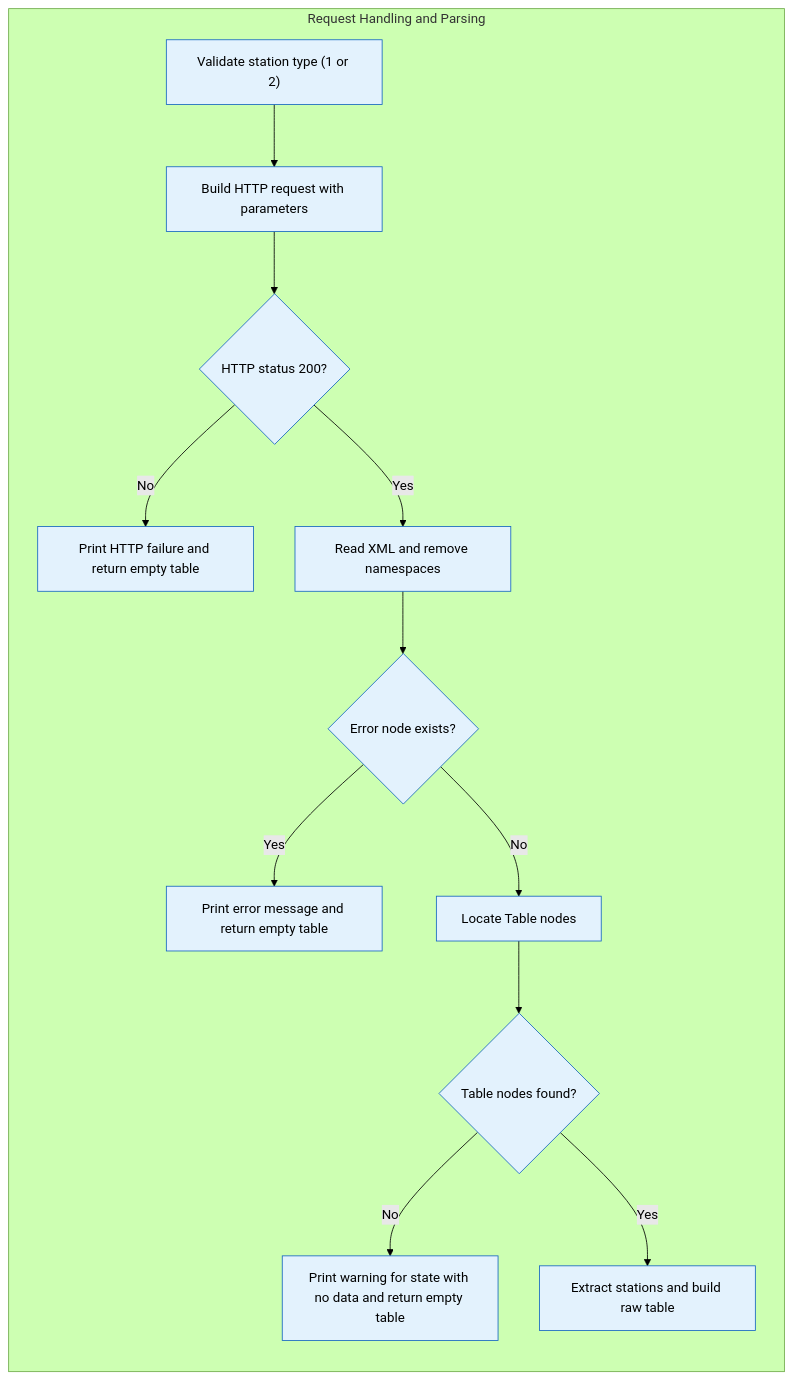
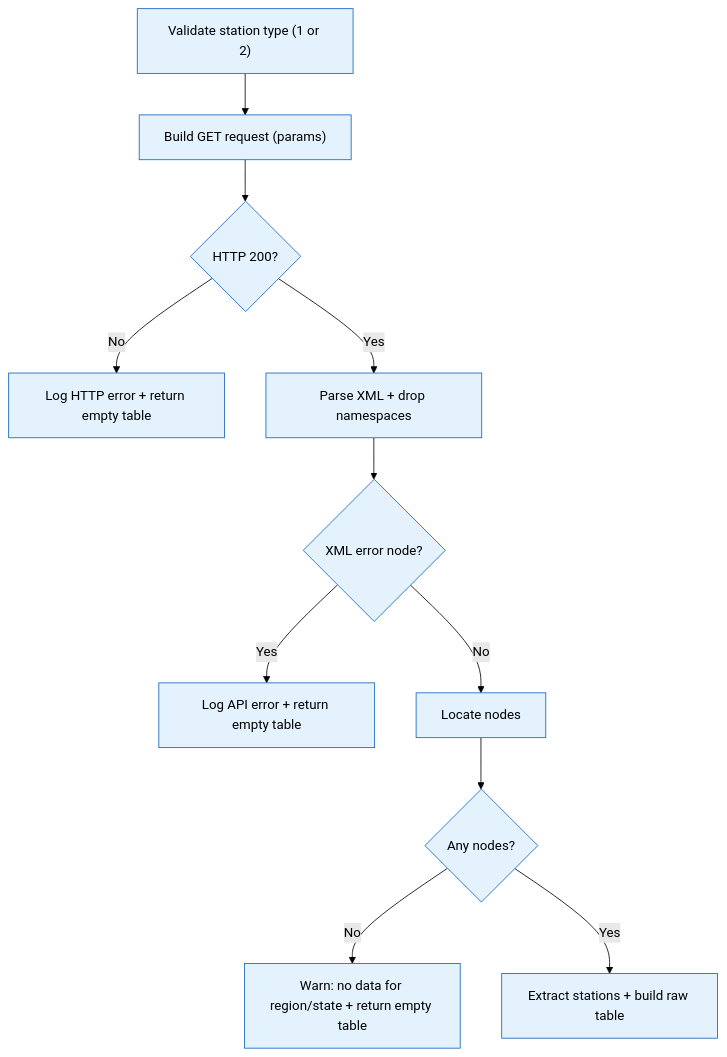
Before and after one commit to cidacslab/plataforma-clima-ambiente-readthedocs: the third of 5 diagrams in docs/source/ana_data.rst, drawn with Mermaid (forest theme). The commit also changed other lines of this file and 13 other files, not shown here.

```diff
--- a/docs/source/ana_data.rst
+++ b/docs/source/ana_data.rst
@@ -231,31 +256,30 @@
 .. mermaid::
-  flowchart LR
-    subgraph S3["Request Handling and Parsing"]
-      C0["Validate station type (1 or 2)"]:::reqCode
-      C1["Build HTTP request with parameters"]:::reqCode
-      C2{"HTTP status 200?"}:::reqCode
-        C2c1["Print HTTP failure and return empty table"]:::reqCode
-        C2c2["Read XML and remove namespaces"]:::reqCode
-      C3{"Error node exists?"}:::reqCode
-        C3c1["Print error message and return empty table"]:::reqCode
-        C3c2["Locate Table nodes"]:::reqCode
-      C4{"Table nodes found?"}:::reqCode
-        C4c1["Print warning for state with no data and return empty table"]:::reqCode
-      C5["Extract stations and build raw table"]:::reqCode
 
-      C0 --> C1 --> C2
-      C2 -- "No" --> C2c1
-      C2 -- "Yes" --> C2c2
-      C2c2 --> C3
-      C3 -- "Yes" --> C3c1
-      C3 -- "No" --> C3c2
-      C3c2 --> C4
-      C4 -- "No" --> C4c1
-      C4 -- "Yes" --> C5
-    end
+   flowchart TB
+     C0["Validate station type (1 or 2)"]:::reqCode
+     C1["Build GET request (params)"]:::reqCode
+     C2{"HTTP 200?"}:::reqCode
+     C2_no["Log HTTP error + return empty table"]:::reqCode
+     C2_yes["Parse XML + drop namespaces"]:::reqCode
 
-    %% Color palette
-    classDef configCode fill:#fff3e0,stroke:#ef6c00;
-    classDef reqCode fill:#e3f2fd,stroke:#1565c0;
-    classDef validacao fill:#e8f5e9,stroke:#2e7d32;
-    classDef exportacao fill:#ede7f6,stroke:#5e35b1;
+     C3{"XML error node?"}:::reqCode
+     C3_yes["Log API error + return empty table"]:::reqCode
+     C3_no["Locate <Table> nodes"]:::reqCode
+
+     C4{"Any <Table> nodes?"}:::reqCode
+     C4_no["Warn: no data for region/state + return empty table"]:::reqCode
+     C4_yes["Extract stations + build raw table"]:::reqCode
+
+     C0 --> C1 --> C2
+     C2 -- "No" --> C2_no
+     C2 -- "Yes" --> C2_yes --> C3
+     C3 -- "Yes" --> C3_yes
+     C3 -- "No" --> C3_no --> C4
+     C4 -- "No" --> C4_no
+     C4 -- "Yes" --> C4_yes
+
+     %% Color palette
+     classDef configCode fill:#fff3e0,stroke:#ef6c00;
+     classDef reqCode fill:#e3f2fd,stroke:#1565c0;
+     classDef validacao fill:#e8f5e9,stroke:#2e7d32;
+     classDef exportacao fill:#ede7f6,stroke:#5e35b1;
```
